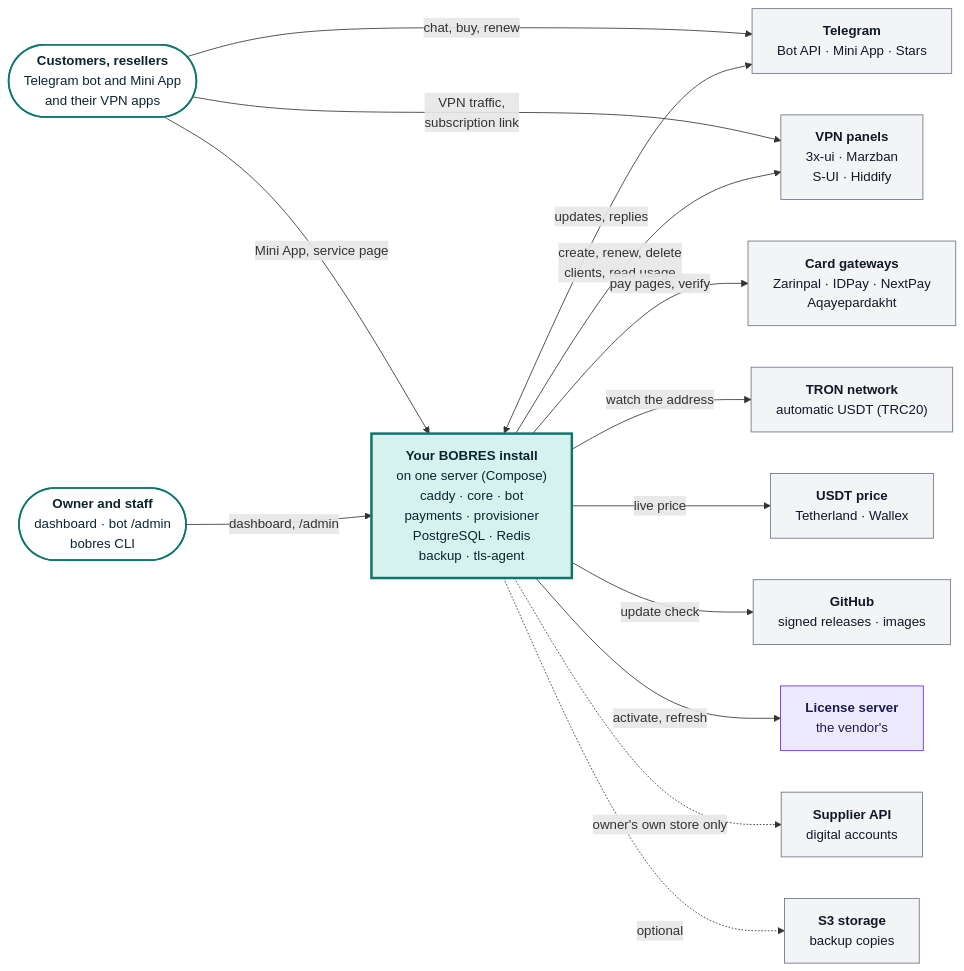
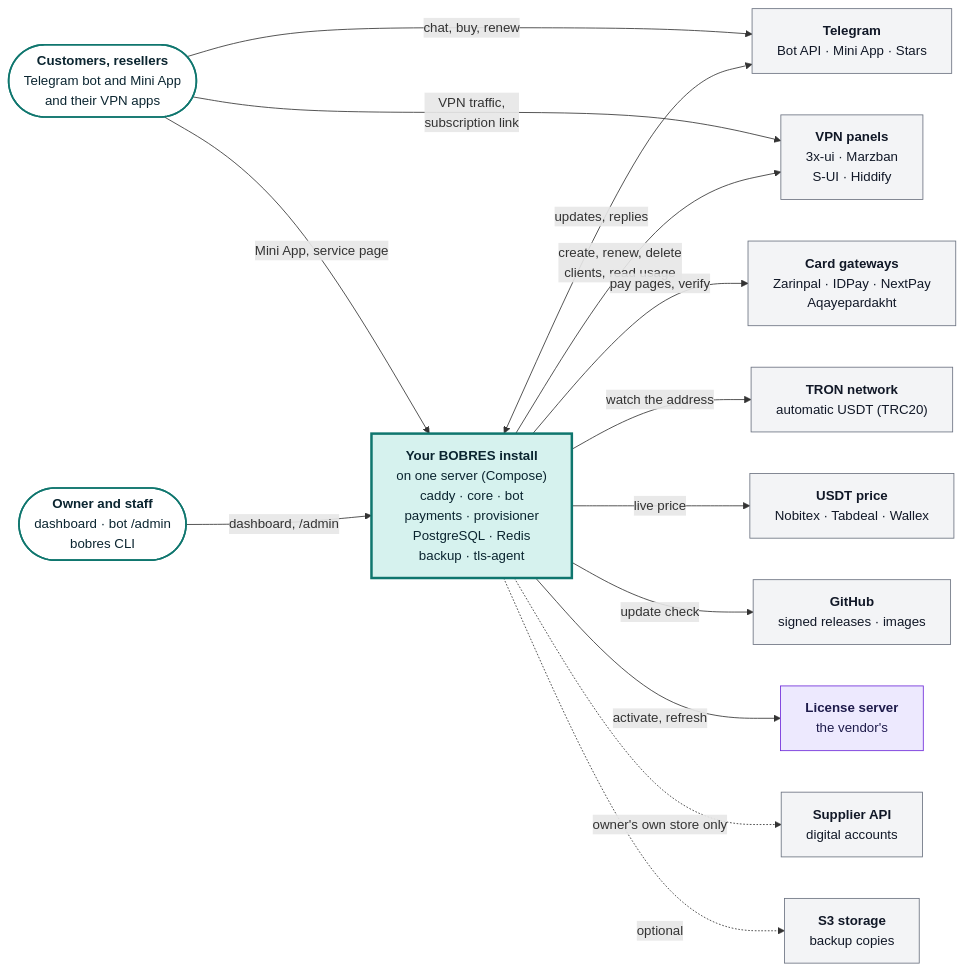
The first of 6 diagrams in README.md (sobhanaz/bobres-3x-ui-telegram-panel), drawn with Mermaid before and after one commit. The commit also changed 8 other files, not shown here.

First line of the commit message:
Live USDT price: read Nobitex, Tabdeal and Wallex; say why none answered

````diff
--- a/README.md
+++ b/README.md
@@ -112,40 +112,40 @@
 ```mermaid
 %%{init: {"flowchart": {"wrappingWidth": 300}}}%%
 flowchart LR
     customer(["<b>Customers, resellers</b><br/>Telegram bot and Mini App<br/>and their VPN apps"])
     staff(["<b>Owner and staff</b><br/>dashboard · bot /admin<br/>bobres CLI"])
     store["<b>Your BOBRES install</b><br/>on one server (Compose)<br/>caddy · core · bot<br/>payments · provisioner<br/>PostgreSQL · Redis<br/>backup · tls-agent"]
 
     telegram["<b>Telegram</b><br/>Bot API · Mini App · Stars"]
     panels["<b>VPN panels</b><br/>3x-ui · Marzban<br/>S-UI · Hiddify"]
     gateways["<b>Card gateways</b><br/>Zarinpal · IDPay · NextPay<br/>Aqayepardakht"]
     tron["<b>TRON network</b><br/>automatic USDT (TRC20)"]
-    rates["<b>USDT price</b><br/>Tetherland · Wallex"]
+    rates["<b>USDT price</b><br/>Nobitex · Tabdeal · Wallex"]
     github["<b>GitHub</b><br/>signed releases · images"]
     vendor["<b>License server</b><br/>the vendor's"]
     supplier["<b>Supplier API</b><br/>digital accounts"]
     s3["<b>S3 storage</b><br/>backup copies"]
 
     customer -->|"Mini App, service page"| store
     customer -->|"chat, buy, renew"| telegram
     customer -->|"VPN traffic,<br/>subscription link"| panels
     staff -->|"dashboard, /admin"| store
     store <-->|"updates, replies"| telegram
     store -->|"create, renew, delete<br/>clients, read usage"| panels
     store -->|"pay pages, verify"| gateways
     store -->|"watch the address"| tron
     store -->|"live price"| rates
     store -->|"update check"| github
     store -->|"activate, refresh"| vendor
     store -.->|"owner's own store only"| supplier
     store -.->|"optional"| s3
 
     classDef person fill:#ffffff,stroke:#0f766e,stroke-width:2px,color:#0b2530
     classDef mine fill:#d6f2ee,stroke:#0f766e,stroke-width:3px,color:#0b2530
     classDef outside fill:#f3f4f6,stroke:#6b7280,color:#111827
     classDef vendorbox fill:#ede9fe,stroke:#6d28d9,color:#1e1b4b
     class customer,staff person
     class store mine
     class telegram,panels,gateways,tron,rates,github,supplier,s3 outside
     class vendor vendorbox
 ```
````
